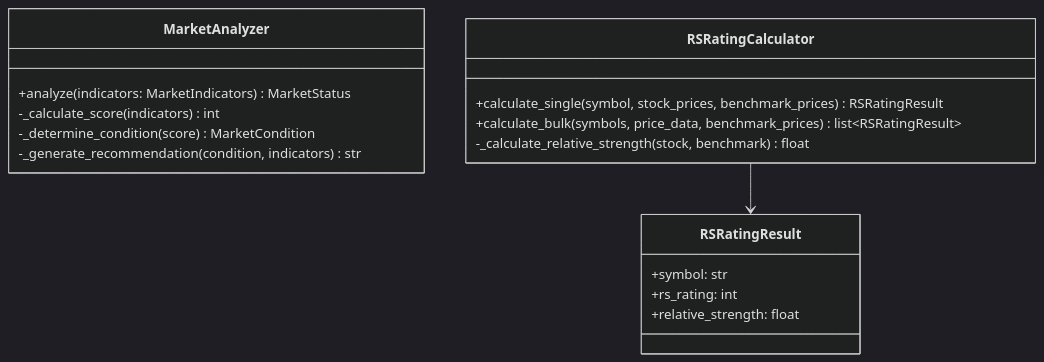
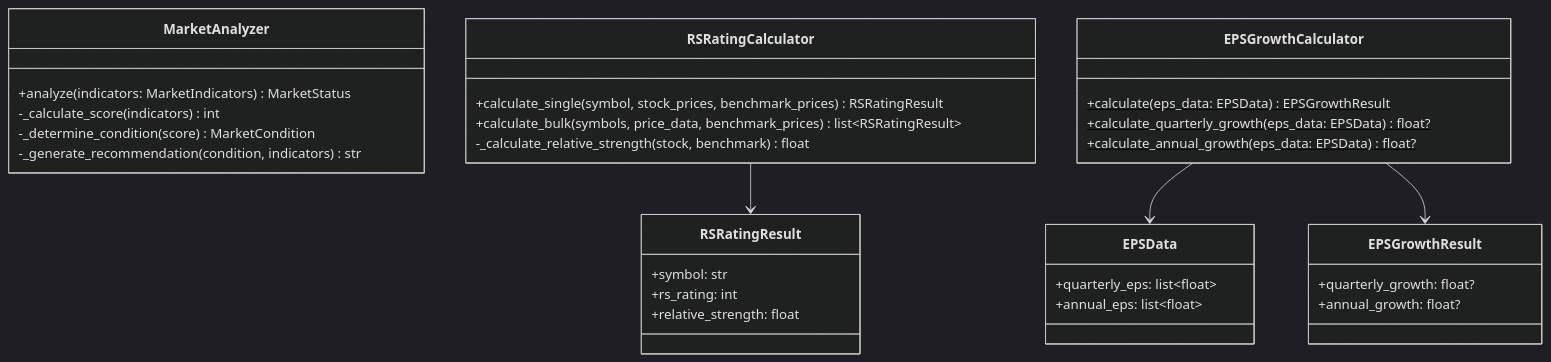
Before and after one commit to ryota197/ai-trade-pj: the third of 8 diagrams in docs/poc/architectures/diagrams/class-diagrams.md, drawn with Mermaid (dark theme). The commit also changed other lines of this file and 13 other files, not shown here.

````diff
--- a/docs/poc/architectures/diagrams/class-diagrams.md
+++ b/docs/poc/architectures/diagrams/class-diagrams.md
@@ -113,23 +113,41 @@
 ```mermaid
 classDiagram
     class MarketAnalyzer {
         +analyze(indicators: MarketIndicators) MarketStatus
         -_calculate_score(indicators) int
         -_determine_condition(score) MarketCondition
         -_generate_recommendation(condition, indicators) str
     }
 
     class RSRatingCalculator {
         +calculate_single(symbol, stock_prices, benchmark_prices) RSRatingResult
         +calculate_bulk(symbols, price_data, benchmark_prices) list~RSRatingResult~
         -_calculate_relative_strength(stock, benchmark) float
     }
 
     class RSRatingResult {
         +symbol: str
         +rs_rating: int
         +relative_strength: float
     }
 
+    class EPSGrowthCalculator {
+        +calculate(eps_data: EPSData)$ EPSGrowthResult
+        +calculate_quarterly_growth(eps_data: EPSData)$ float?
+        +calculate_annual_growth(eps_data: EPSData)$ float?
+    }
+
+    class EPSData {
+        +quarterly_eps: list~float~
+        +annual_eps: list~float~
+    }
+
+    class EPSGrowthResult {
+        +quarterly_growth: float?
+        +annual_growth: float?
+    }
+
     RSRatingCalculator --> RSRatingResult
+    EPSGrowthCalculator --> EPSData
+    EPSGrowthCalculator --> EPSGrowthResult
 ```
````
